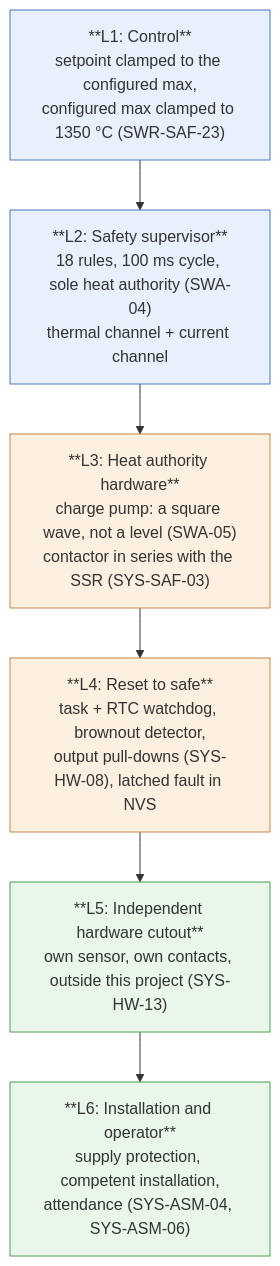
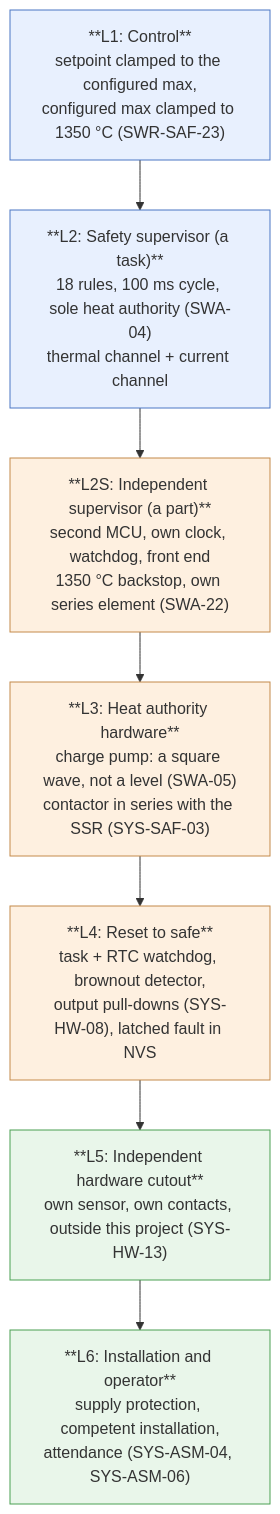
One commit to bitcrushtesting/SafeKilnController changed the second of 2 diagrams in docs/safety.md. Above: the diagram before and after it, drawn with Mermaid. The commit also changed other lines of this file and 5 other files, not shown here.

````diff
--- a/docs/safety.md
+++ b/docs/safety.md
@@ -152,16 +167,18 @@
 ```mermaid
 flowchart TB
     L1["**L1: Control**<br/>setpoint clamped to the configured max,<br/>configured max clamped to 1350 °C (SWR-SAF-23)"]
-    L2["**L2: Safety supervisor**<br/>18 rules, 100 ms cycle, sole heat authority (SWA-04)<br/>thermal channel + current channel"]
+    L2["**L2: Safety supervisor (a task)**<br/>18 rules, 100 ms cycle, sole heat authority (SWA-04)<br/>thermal channel + current channel"]
+    L2S["**L2S: Independent supervisor (a part)**<br/>second MCU, own clock, watchdog, front end<br/>1350 °C backstop, own series element (SWA-22)"]
     L3["**L3: Heat authority hardware**<br/>charge pump: a square wave, not a level (SWA-05)<br/>contactor in series with the SSR (SYS-SAF-03)"]
     L4["**L4: Reset to safe**<br/>task + RTC watchdog, brownout detector,<br/>output pull-downs (SYS-HW-08), latched fault in NVS"]
     L5["**L5: Independent hardware cutout**<br/>own sensor, own contacts, outside this project (SYS-HW-13)"]
     L6["**L6: Installation and operator**<br/>supply protection, competent installation,<br/>attendance (SYS-ASM-04, SYS-ASM-06)"]
-    L1 --> L2 --> L3 --> L4 --> L5 --> L6
+    L1 --> L2 --> L2S --> L3 --> L4 --> L5 --> L6
     style L1 fill:#e8f0fe,stroke:#4a76c4
     style L2 fill:#e8f0fe,stroke:#4a76c4
+    style L2S fill:#fef0e0,stroke:#c48a4a
     style L3 fill:#fef0e0,stroke:#c48a4a
     style L4 fill:#fef0e0,stroke:#c48a4a
     style L5 fill:#e9f6ea,stroke:#4aa052
     style L6 fill:#e9f6ea,stroke:#4aa052
 ```
````
